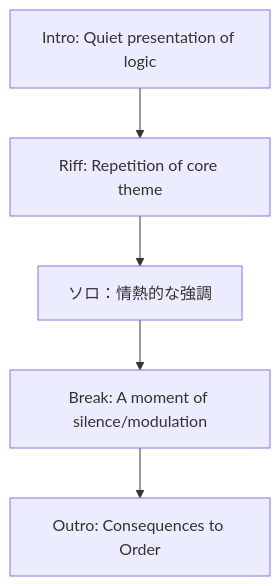
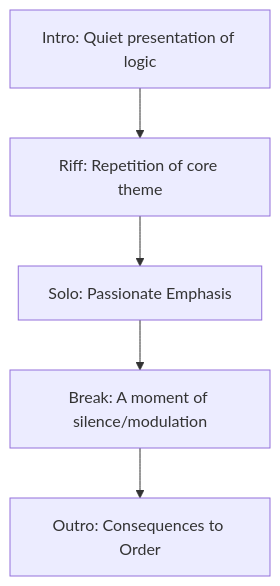
The first of 3 diagrams in en/_posts/2025-10-25-column-takaichi-metal.md (monumental-movement/monumental-movement.github.io), drawn with Mermaid before and after one commit. The commit also changed other lines of this file and 851 other files, not shown here.

```diff
--- a/en/_posts/2025-10-25-column-takaichi-metal.md
+++ b/en/_posts/2025-10-25-column-takaichi-metal.md
@@ -104,12 +104,12 @@
 <div class="mermaid">
 
 flowchart TD
     A["Intro: Quiet presentation of logic"]
     B["Riff: Repetition of core theme"]
-    C["ソロ：情熱的な強調"]
+    C["Solo: Passionate Emphasis"]
     D["Break: A moment of silence/modulation"]
     E["Outro: Consequences to Order"]
 
     A --> B --> C --> D --> E
 
 </div>
```
